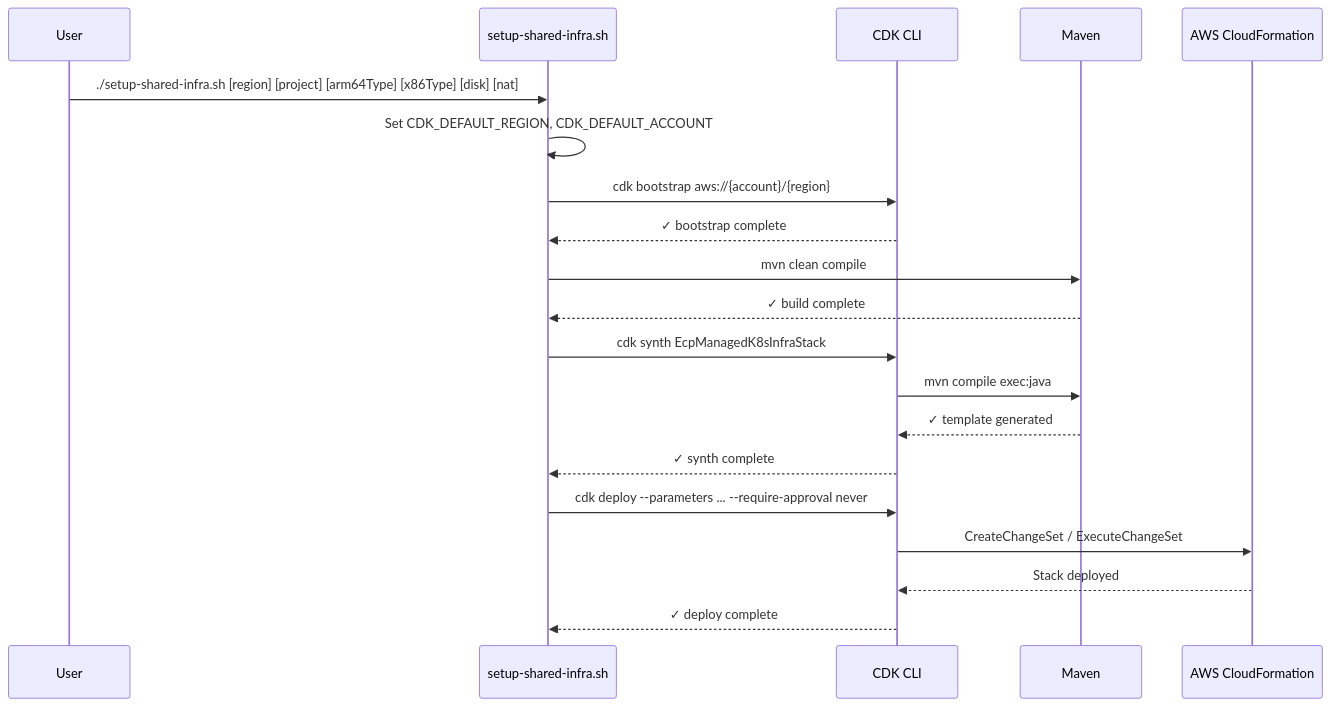
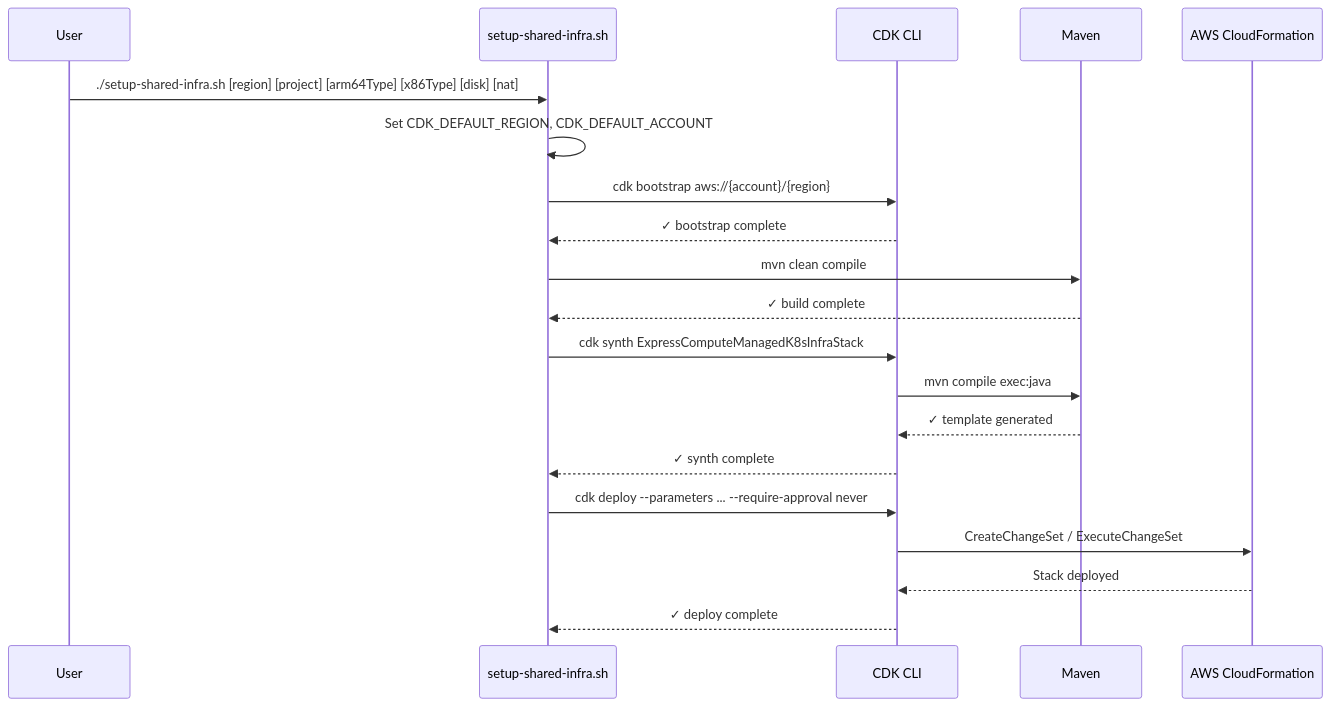
Before and after one commit to codriverlabs/express-compute-managed-k8s-infra: the first of 5 diagrams in .agents/summary/workflows.md, drawn with Mermaid. The commit also changed other lines of this file and 14 other files, not shown here.

Commit message:
Rename EcpManagedK8sInfraStack to ExpressComputeManagedK8sInfraStack

````diff
--- a/.agents/summary/workflows.md
+++ b/.agents/summary/workflows.md
@@ -5,23 +5,23 @@
 ```mermaid
 sequenceDiagram
     participant User
     participant Script as setup-shared-infra.sh
     participant CDK as CDK CLI
     participant Maven
     participant AWS as AWS CloudFormation
 
     User->>Script: ./setup-shared-infra.sh [region] [project] [arm64Type] [x86Type] [disk] [nat]
     Script->>Script: Set CDK_DEFAULT_REGION, CDK_DEFAULT_ACCOUNT
     Script->>CDK: cdk bootstrap aws://{account}/{region}
     CDK-->>Script: ✓ bootstrap complete
     Script->>Maven: mvn clean compile
     Maven-->>Script: ✓ build complete
-    Script->>CDK: cdk synth EcpManagedK8sInfraStack
+    Script->>CDK: cdk synth ExpressComputeManagedK8sInfraStack
     CDK->>Maven: mvn compile exec:java
     Maven-->>CDK: ✓ template generated
     CDK-->>Script: ✓ synth complete
     Script->>CDK: cdk deploy --parameters ... --require-approval never
     CDK->>AWS: CreateChangeSet / ExecuteChangeSet
     AWS-->>CDK: Stack deployed
     CDK-->>Script: ✓ deploy complete
 ```
````
